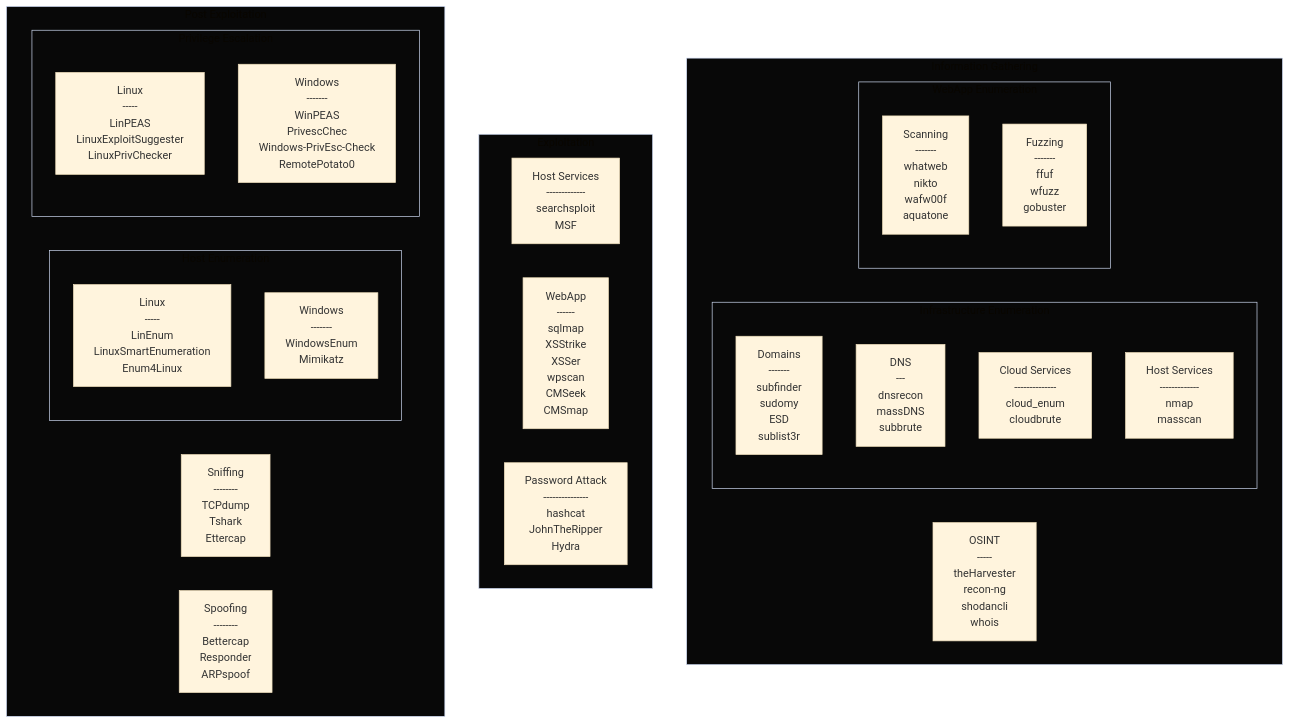
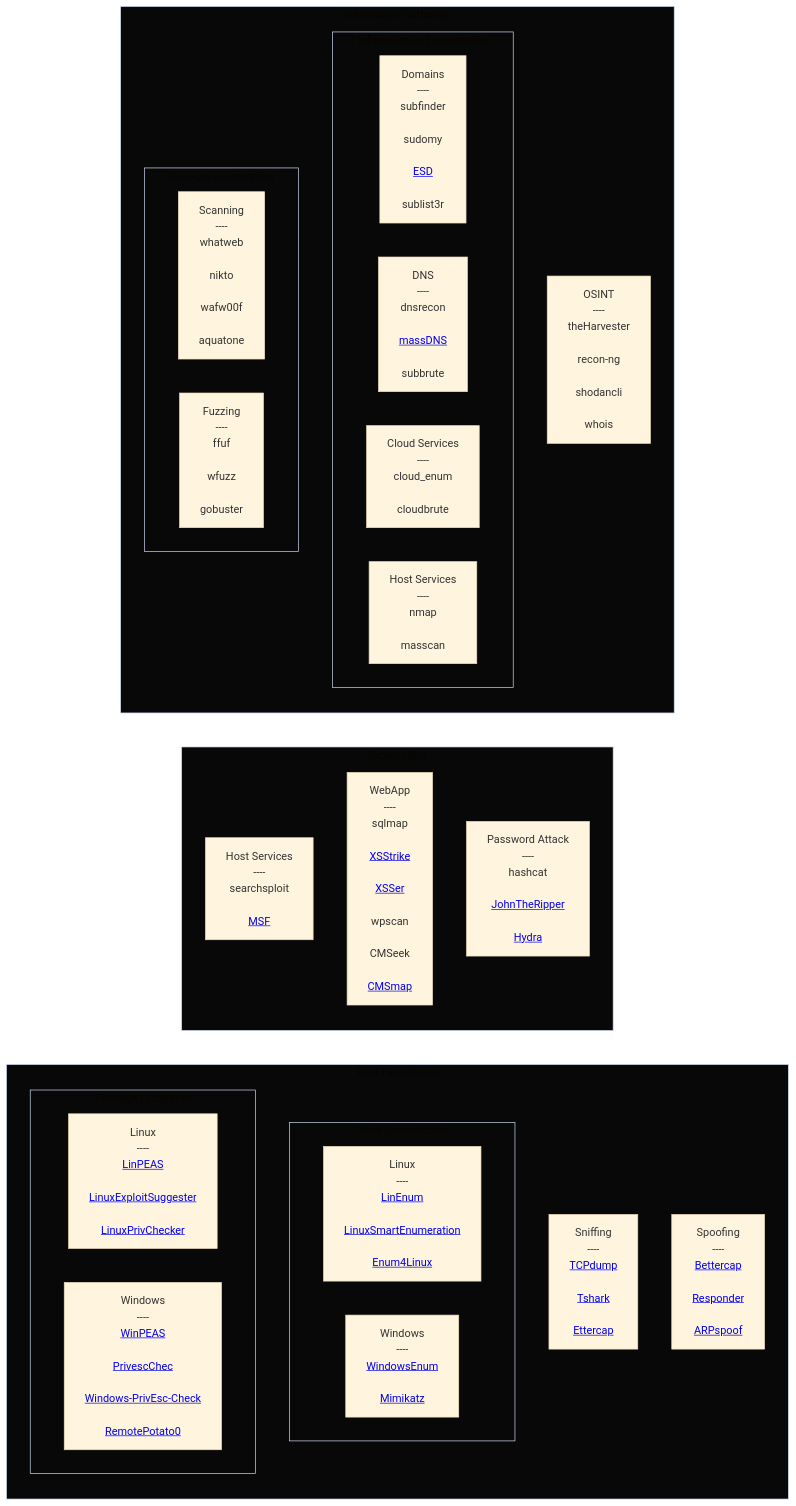
The diagram in README.md (Skalyaeve/a-process), drawn with Mermaid (base theme) before and after one commit. The commit also changed other lines of this file, not shown here.

````diff
--- a/README.md
+++ b/README.md
@@ -1,140 +1,175 @@
 ```mermaid
-flowchart TB
+flowchart LR
+    subgraph post-exploitation[Post Exploitation]
+    direction TB
+        subgraph host-enumeration[Host Enumeration]
+        direction LR
+            linux-en[
+                Linux
+                ----
+                <a href='https://github.com/rebootuser/LinEnum'>LinEnum</a>
+
+                <a href='https://github.com/diego-treitos/linux-smart-enumeration'>LinuxSmartEnumeration</a>
+
+                <a href='https://github.com/cddmp/enum4linux-ng'>Enum4Linux</a>
+            ]
+            windows-en[
+                Windows
+                ----
+                <a href='https://github.com/absolomb/WindowsEnum'>WindowsEnum</a>
+
+                <a href='https://github.com/gentilkiwi/mimikatz/wiki'>Mimikatz</a>
+            ]
+        end
+        subgraph privilege-escalation[Privilege Escalation]
+        direction LR
+            linux-pe[
+                Linux
+                ----
+                <a href='https://github.com/peass-ng/PEASS-ng/tree/master/linPEAS'>LinPEAS</a>
+
+                <a href='https://github.com/The-Z-Labs/linux-exploit-suggester'>LinuxExploitSuggester</a>
+
+                <a href='https://github.com/sleventyeleven/linuxprivchecker'>LinuxPrivChecker</a>
+            ]
+            windows-pe[
+                Windows
+                ----
+                <a href='https://github.com/peass-ng/PEASS-ng/tree/master/winPEAS'>WinPEAS</a>
+
+                <a href='https://github.com/itm4n/PrivescCheck'>PrivescChec</a>
+
+                <a href='https://github.com/pentestmonkey/windows-privesc-check'>Windows-PrivEsc-Check</a>
+
+                <a href='https://github.com/antonioCoco/RemotePotato0'>RemotePotato0</a>
+            ]
+        end
+        sniffing[
+            Sniffing
+            ----
+            <a href='https://github.com/the-tcpdump-group/tcpdump'>TCPdump</a>
+
+            <a href='https://github.com/gcla/termshark'>Tshark</a>
+
+            <a href='https://github.com/Ettercap/ettercap'>Ettercap</a>
+        ]
+        spoofing[
+            Spoofing
+            ----
+            <a href='https://github.com/bettercap/bettercap'>Bettercap</a>
+
+            <a href='https://github.com/SpiderLabs/Responder'>Responder</a>
+
+            <a href='https://github.com/alandau/arpspoof'>ARPspoof</a>
+        ]
+    end
+    subgraph exploitation[Exploitation]
+    direction TB
+        host-services[
+            Host Services
+            ----
+            searchsploit
+
+            <a href='https://github.com/rapid7/metasploit-framework'>MSF</a>
+        ]
+        webapp[
+            WebApp
+            ----
+            sqlmap
+
+            <a href='https://github.com/s0md3v/XSStrike'>XSStrike</a>
+
+            <a href='https://github.com/epsylon/xsser'>XSSer</a>
+
+            wpscan
+
+            CMSeek
+
+            <a href='https://github.com/dionach/CMSmap'>CMSmap</a>
+        ]
+        password-attack[
+            Password Attack
+            ----
+            hashcat
+
+            <a href='https://github.com/openwall/john'>JohnTheRipper</a>
+
+            <a href='https://github.com/vanhauser-thc/thc-hydra'>Hydra</a>
+        ]
+    end
     subgraph information-gathering[Information Gathering]
-    direction LR
+    direction TB
         osint[
             OSINT
-            -----
+            ----
             theHarvester
+
             recon-ng
+
             shodancli
+
             whois
         ]
         subgraph infrastructure-enumeration[Infrastructure Enumeration]
-        direction TB
+        direction LR
             domains[
                 Domains
-                -------
+                ----
                 subfinder
+
                 sudomy
-                ESD
+
+                <a href='https://github.com/FeeiCN/ESD?tab=readme-ov-file'>ESD</a>
+
                 sublist3r
             ]
             dns[
                 DNS
-                ---
+                ----
                 dnsrecon
-                massDNS
+
+                <a href='https://github.com/blechschmidt/massdns'>massDNS</a>
+
                 subbrute
             ]
             cloud[
                 Cloud Services
-                --------------
+                ----
                 cloud_enum
+
                 cloudbrute
             ]
             host[
                 Host Services
-                -------------
+                ----
                 nmap
+
                 masscan
             ]
         end
         subgraph webapp-enumeration[WebApp Enumeration]
-        direction TB
+        direction LR
             scanning[
                 Scanning
-                -------
+                ----
                 whatweb
+
                 nikto
+
                 wafw00f
+
                 aquatone
             ]
             fuzzing[
                 Fuzzing
-                -------
+                ----
                 ffuf
+
                 wfuzz
+
                 gobuster
             ]
         end
-    end
-    subgraph exploitation[Exploitation]
-    direction LR
-        host-services[
-            Host Services
-            -------------
-            searchsploit
-            MSF
-        ]
-        webapp[
-            WebApp
-            ------
-            sqlmap
-            XSStrike
-            XSSer
-            wpscan
-            CMSeek
-            CMSmap
-        ]
-        password-attack[
-            Password Attack
-            ---------------
-            hashcat
-            JohnTheRipper
-            Hydra
-        ]
-    end
-    subgraph post-exploitation[Post Exploitation]
-    direction LR
-        subgraph host-enumeration[Host Enumeration]
-        direction TB
-            linux-en[
-                Linux
-                -----
-                LinEnum
-                LinuxSmartEnumeration
-                Enum4Linux
-            ]
-            windows-en[
-                Windows
-                -------
-                WindowsEnum
-                Mimikatz
-            ]
-        end
-        subgraph privilege-escalation[Privilege Escalation]
-        direction TB
-            linux-pe[
-                Linux
-                -----
-                LinPEAS
-                LinuxExploitSuggester
-                LinuxPrivChecker
-            ]
-            windows-pe[
-                Windows
-                -------
-                WinPEAS
-                PrivescChec
-                Windows-PrivEsc-Check
-                RemotePotato0
-            ]
-        end
-        sniffing[
-            Sniffing
-            --------
-            TCPdump
-            Tshark
-            Ettercap
-        ]
-        spoofing[
-            Spoofing
-            --------
-            Bettercap
-            Responder
-            ARPspoof
-        ]
     end
 style information-gathering fill:#080808
 style infrastructure-enumeration fill:#080808
````
